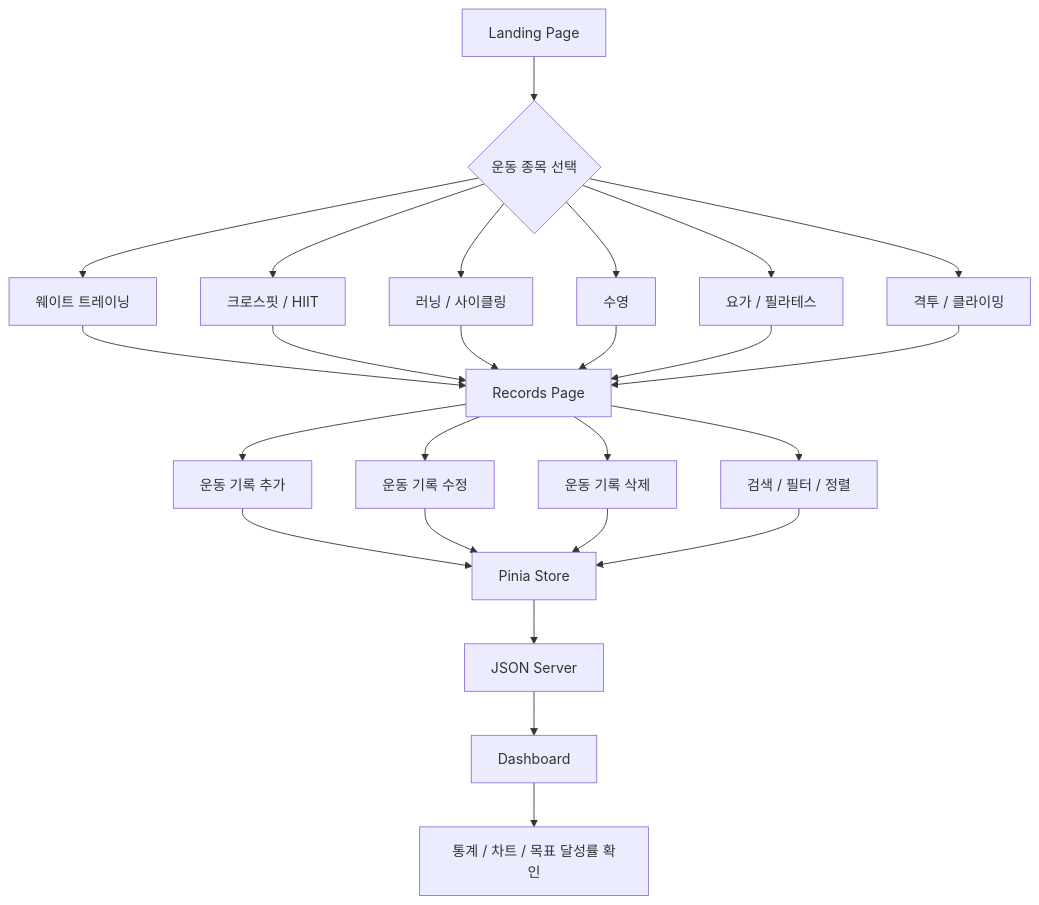
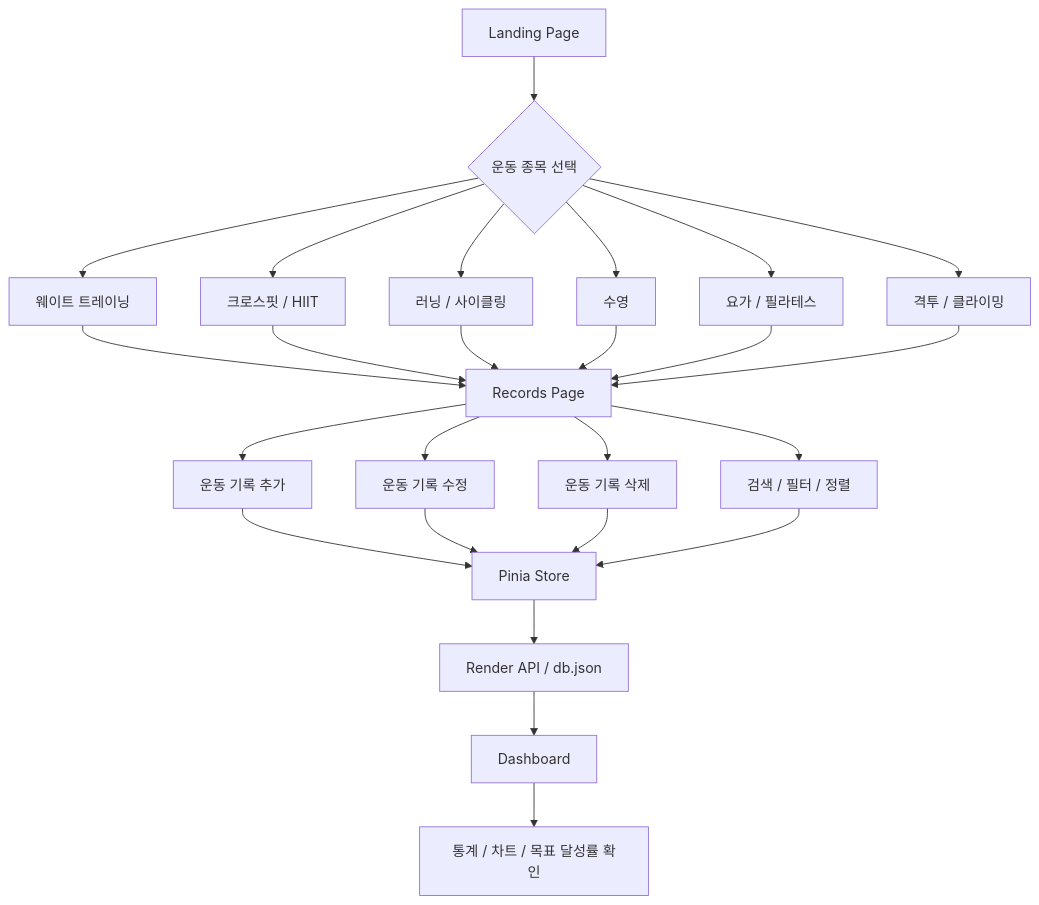
One commit to mangojeong-dev/AI-lovable changed the second of 3 diagrams in README.md. Above: the diagram before and after it, drawn with Mermaid. The commit also changed other lines of this file, not shown here.

Commit message:
docs: update README to reflect Vercel and Render deployment

````diff
--- a/README.md
+++ b/README.md
@@ -128,32 +130,32 @@
 ```mermaid
 flowchart TD
     A[Landing Page] --> B{운동 종목 선택}
 
     B --> C1[웨이트 트레이닝]
     B --> C2[크로스핏 / HIIT]
     B --> C3[러닝 / 사이클링]
     B --> C4[수영]
     B --> C5[요가 / 필라테스]
     B --> C6[격투 / 클라이밍]
 
     C1 --> D[Records Page]
     C2 --> D
     C3 --> D
     C4 --> D
     C5 --> D
     C6 --> D
 
     D --> E[운동 기록 추가]
     D --> F[운동 기록 수정]
     D --> G[운동 기록 삭제]
     D --> H[검색 / 필터 / 정렬]
 
     E --> I[Pinia Store]
     F --> I
     G --> I
     H --> I
 
-    I --> J[JSON Server]
+    I --> J[Render API / db.json]
     J --> K[Dashboard]
     K --> L[통계 / 차트 / 목표 달성률 확인]
 ```
````
